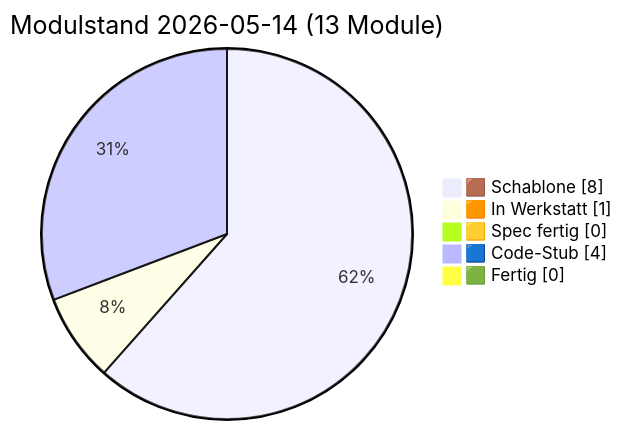
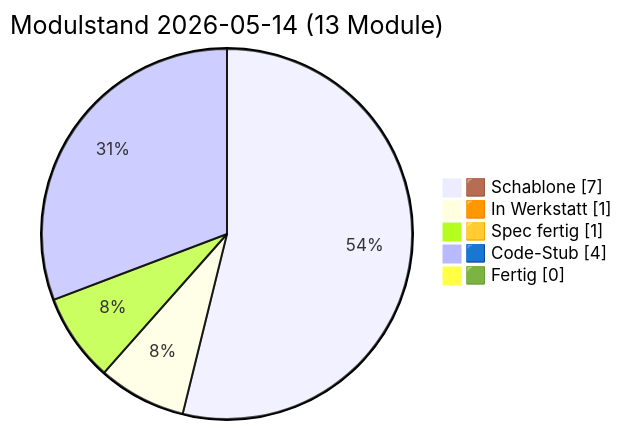
The diagram in docs/PULS.md (lausiklauskn-png/Sage-Protokol), drawn with Mermaid before and after one commit. The commit also changed other lines of this file and 5 other files, not shown here.

````diff
--- a/docs/PULS.md
+++ b/docs/PULS.md
@@ -16,9 +16,9 @@
 ```mermaid
 pie showData
   title Modulstand 2026-05-14 (13 Module)
-  "🟫 Schablone" : 8
+  "🟫 Schablone" : 7
   "🟧 In Werkstatt" : 1
-  "🟨 Spec fertig" : 0
+  "🟨 Spec fertig" : 1
   "🟦 Code-Stub" : 4
   "🟩 Fertig" : 0
 ```
````
